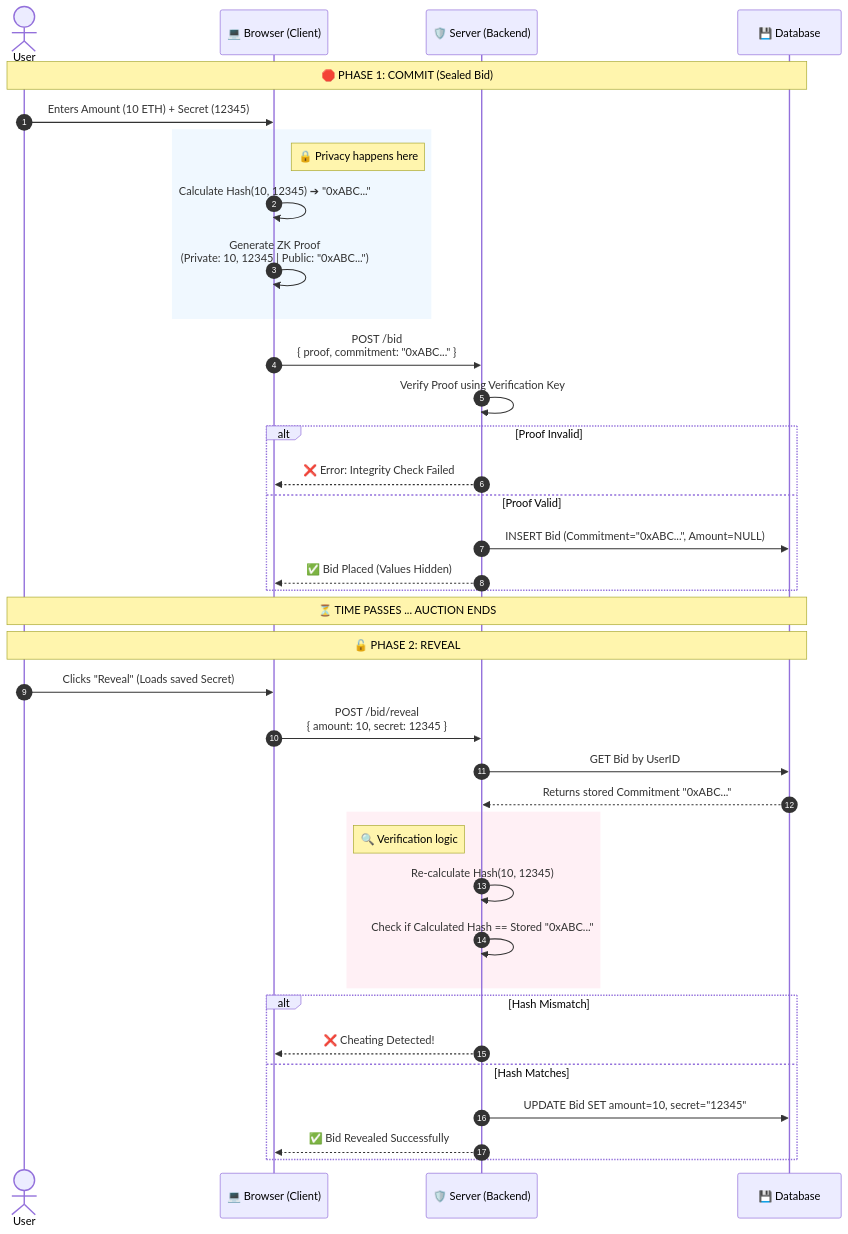
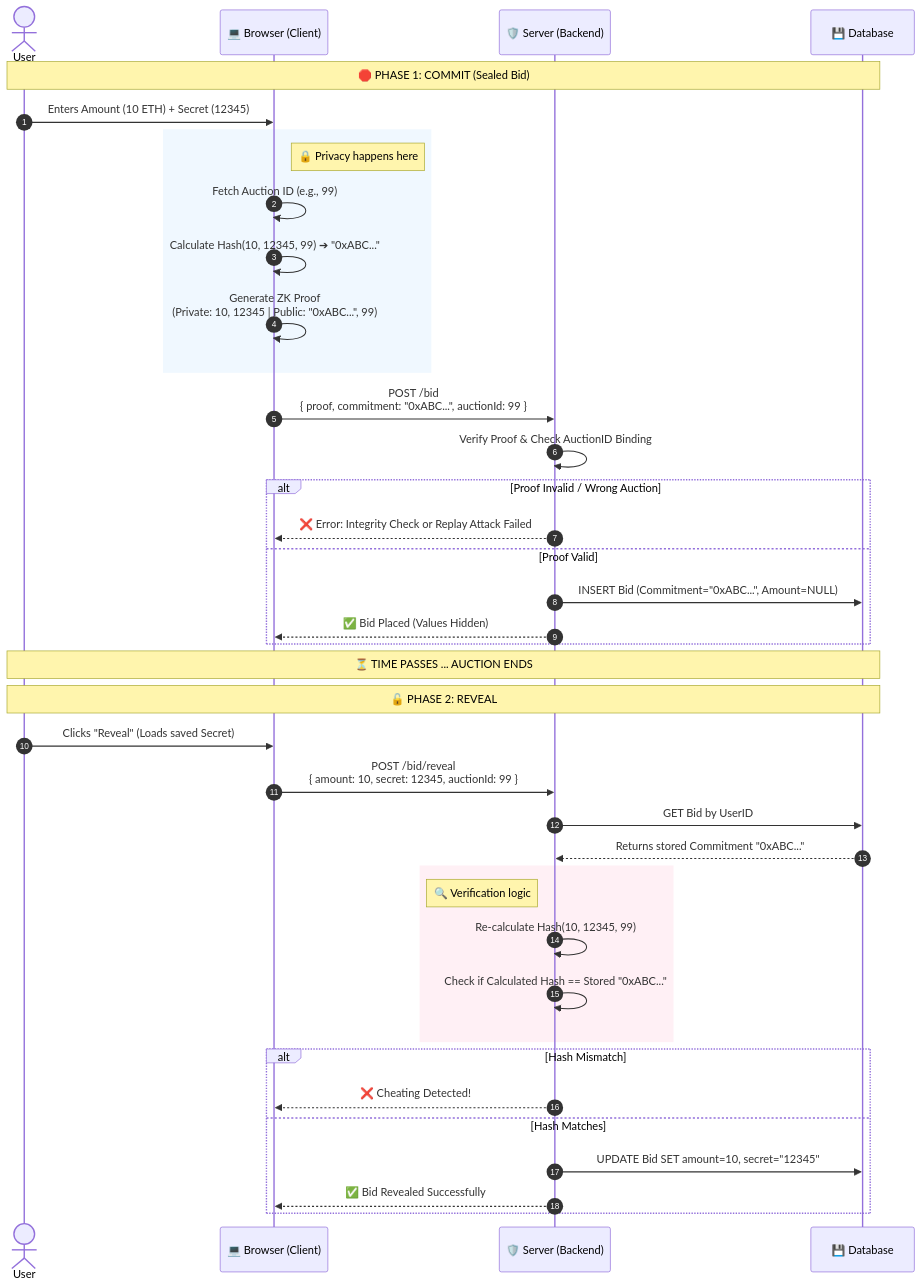
The first of 2 diagrams in README.md (HuongVT0503/honest-auction-house), drawn with Mermaid before and after one commit. The commit also changed other lines of this file and 9 other files, not shown here.

Commit message:
fix: add Num2Bits range check(prevent negative bid exploits)

````diff
--- a/README.md
+++ b/README.md
@@ -204,51 +228,52 @@
 ```mermaid
 sequenceDiagram
     autonumber
     actor User
     participant Client as 💻 Browser (Client)
     participant Server as 🛡️ Server (Backend)
     participant DB as 💾 Database
 
     Note over User, DB: 🛑 PHASE 1: COMMIT (Sealed Bid)
 
     User->>Client: Enters Amount (10 ETH) + Secret (12345)
 
     rect rgb(240, 248, 255)
         Note right of Client: 🔒 Privacy happens here
-        Client->>Client: Calculate Hash(10, 12345) ➔ "0xABC..."
-        Client->>Client: Generate ZK Proof<br/>(Private: 10, 12345 | Public: "0xABC...")
+        Client->>Client: Fetch Auction ID (e.g., 99)
+        Client->>Client: Calculate Hash(10, 12345, 99) ➔ "0xABC..."
+        Client->>Client: Generate ZK Proof<br/>(Private: 10, 12345 | Public: "0xABC...", 99)
     end
 
-    Client->>Server: POST /bid<br/>{ proof, commitment: "0xABC..." }
+    Client->>Server: POST /bid<br/>{ proof, commitment: "0xABC...", auctionId: 99 }
 
-    Server->>Server: Verify Proof using Verification Key
-    alt Proof Invalid
-        Server-->>Client: ❌ Error: Integrity Check Failed
+    Server->>Server: Verify Proof & Check AuctionID Binding
+    alt Proof Invalid / Wrong Auction
+        Server-->>Client: ❌ Error: Integrity Check or Replay Attack Failed
     else Proof Valid
         Server->>DB: INSERT Bid (Commitment="0xABC...", Amount=NULL)
         Server-->>Client: ✅ Bid Placed (Values Hidden)
     end
 
     Note over User, DB: ⏳ TIME PASSES ... AUCTION ENDS
 
     Note over User, DB: 🔓 PHASE 2: REVEAL
 
     User->>Client: Clicks "Reveal" (Loads saved Secret)
-    Client->>Server: POST /bid/reveal<br/>{ amount: 10, secret: 12345 }
+    Client->>Server: POST /bid/reveal<br/>{ amount: 10, secret: 12345, auctionId: 99 }
 
     Server->>DB: GET Bid by UserID
     DB-->>Server: Returns stored Commitment "0xABC..."
 
     rect rgb(255, 240, 245)
         Note left of Server: 🔍 Verification logic
-        Server->>Server: Re-calculate Hash(10, 12345)
+        Server->>Server: Re-calculate Hash(10, 12345, 99)
         Server->>Server: Check if Calculated Hash == Stored "0xABC..."
     end
 
     alt Hash Mismatch
         Server-->>Client: ❌ Cheating Detected!
     else Hash Matches
         Server->>DB: UPDATE Bid SET amount=10, secret="12345"
         Server-->>Client: ✅ Bid Revealed Successfully
     end
 ```
````
